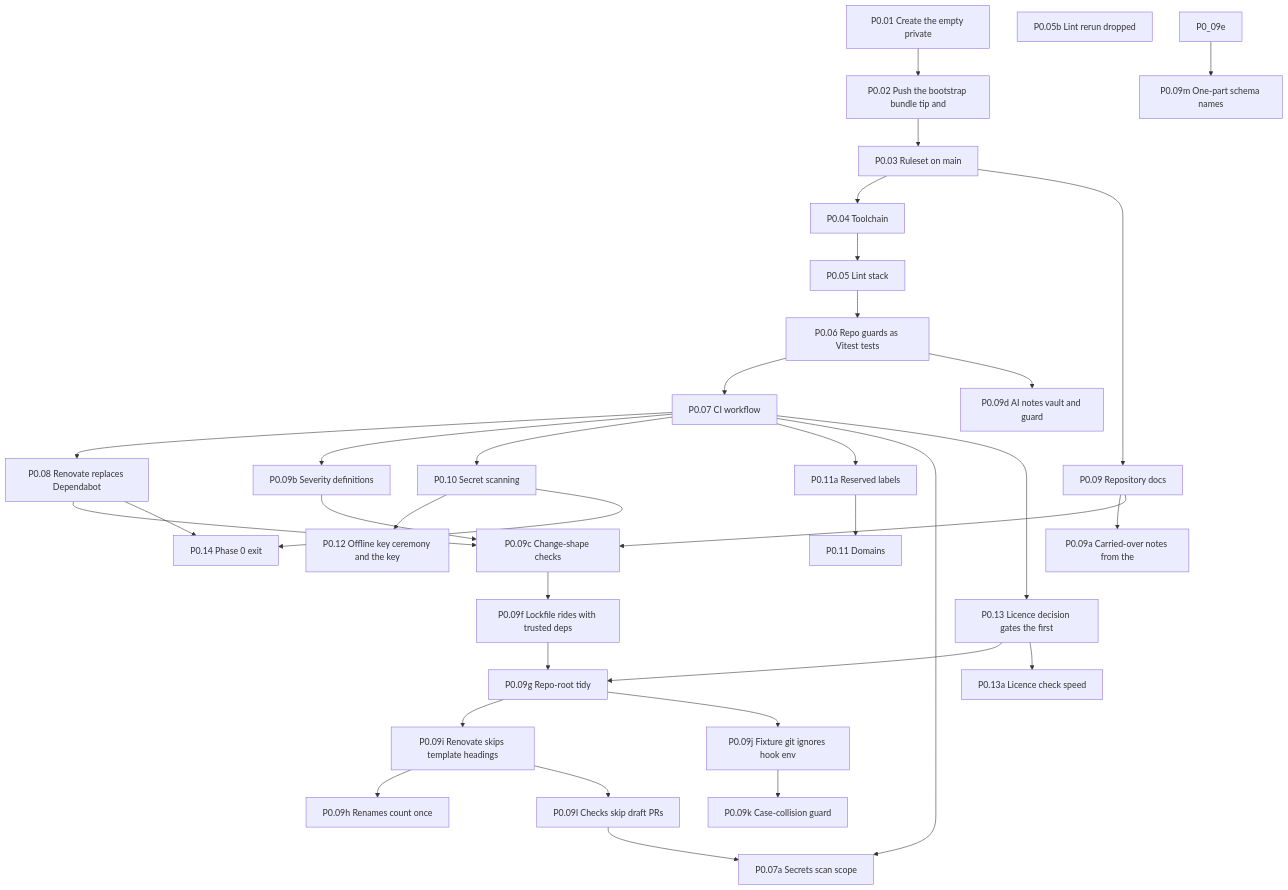
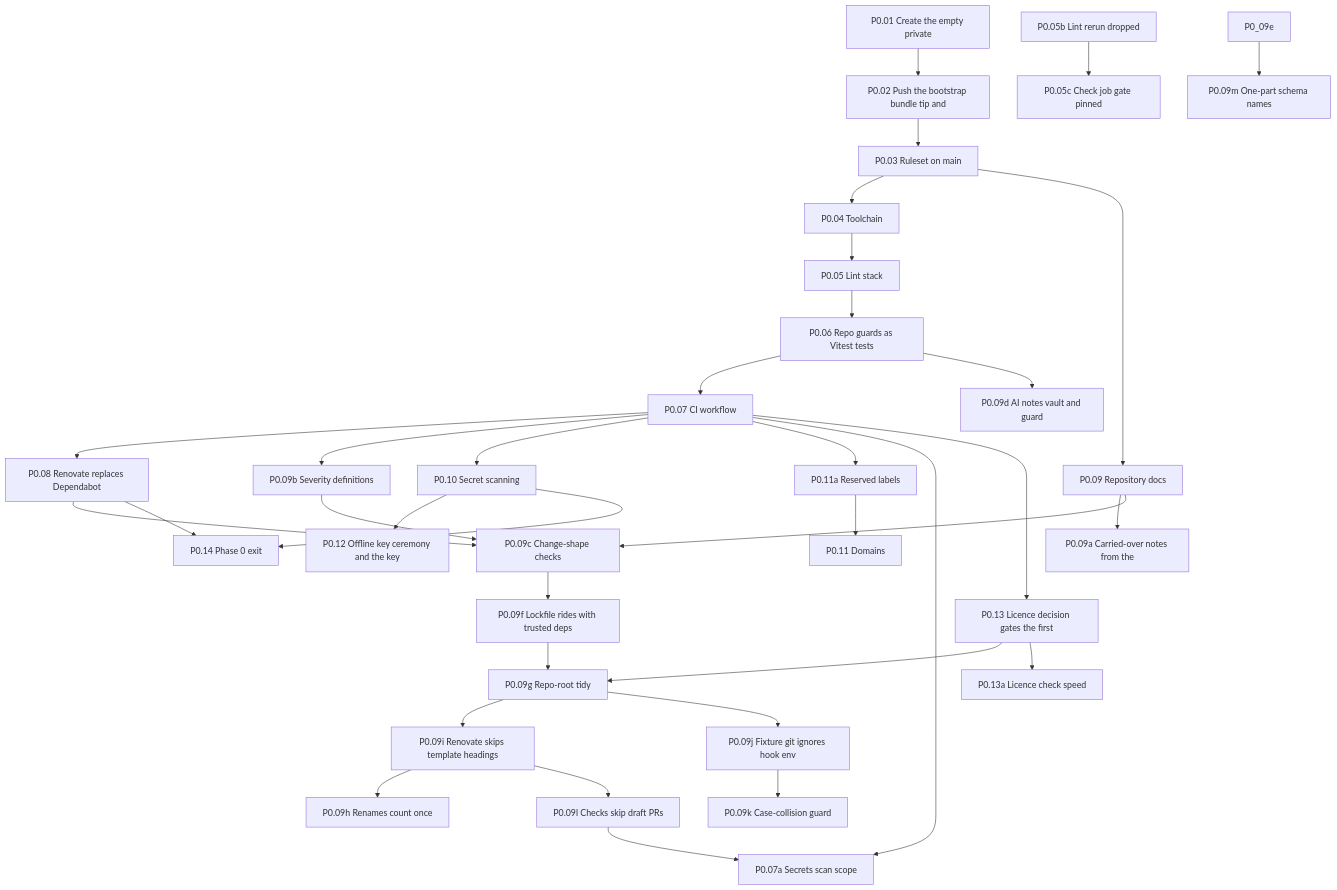
Before and after one commit to Undefined6799/unset: the first of 11 diagrams in docs/ai/book/01-outline.md, drawn with Mermaid. The commit also changed other lines of this file and 3 other files, not shown here.

````diff
--- a/docs/ai/book/01-outline.md
+++ b/docs/ai/book/01-outline.md
@@ -61,66 +62,68 @@
 ```mermaid
 flowchart TD
   P0_01["P0.01 Create the empty private"]
   P0_02["P0.02 Push the bootstrap bundle tip and"]
   P0_03["P0.03 Ruleset on main"]
   P0_04["P0.04 Toolchain"]
   P0_05["P0.05 Lint stack"]
   P0_05b["P0.05b Lint rerun dropped"]
+  P0_05c["P0.05c Check job gate pinned"]
   P0_06["P0.06 Repo guards as Vitest tests"]
   P0_07["P0.07 CI workflow"]
   P0_08["P0.08 Renovate replaces Dependabot"]
   P0_09["P0.09 Repository docs"]
   P0_09a["P0.09a Carried-over notes from the"]
   P0_09b["P0.09b Severity definitions"]
   P0_09c["P0.09c Change-shape checks"]
   P0_09d["P0.09d AI notes vault and guard"]
   P0_09f["P0.09f Lockfile rides with trusted deps"]
   P0_09g["P0.09g Repo-root tidy"]
   P0_09h["P0.09h Renames count once"]
   P0_09i["P0.09i Renovate skips template headings"]
   P0_09l["P0.09l Checks skip draft PRs"]
   P0_07a["P0.07a Secrets scan scope"]
   P0_09j["P0.09j Fixture git ignores hook env"]
   P0_09k["P0.09k Case-collision guard"]
   P0_09m["P0.09m One-part schema names"]
   P0_10["P0.10 Secret scanning"]
   P0_11a["P0.11a Reserved labels"]
   P0_11["P0.11 Domains"]
   P0_12["P0.12 Offline key ceremony and the key"]
   P0_13["P0.13 Licence decision gates the first"]
   P0_13a["P0.13a Licence check speed"]
   P0_14["P0.14 Phase 0 exit"]
   P0_01 --> P0_02
   P0_02 --> P0_03
   P0_03 --> P0_04
   P0_04 --> P0_05
+  P0_05b --> P0_05c
   P0_05 --> P0_06
   P0_06 --> P0_07
   P0_07 --> P0_08
   P0_03 --> P0_09
   P0_09 --> P0_09a
   P0_07 --> P0_09b
   P0_08 --> P0_09c
   P0_09 --> P0_09c
   P0_09b --> P0_09c
   P0_06 --> P0_09d
   P0_09c --> P0_09f
   P0_09f --> P0_09g
   P0_13 --> P0_09g
   P0_09g --> P0_09i
   P0_09g --> P0_09j
   P0_09i --> P0_09h
   P0_09j --> P0_09k
   P0_09e --> P0_09m
   P0_09i --> P0_09l
   P0_07 --> P0_10
   P0_07 --> P0_11a
   P0_07 --> P0_07a
   P0_09l --> P0_07a
   P0_11a --> P0_11
   P0_10 --> P0_12
   P0_07 --> P0_13
   P0_13 --> P0_13a
   P0_08 --> P0_14
   P0_10 --> P0_14
 ```
````
